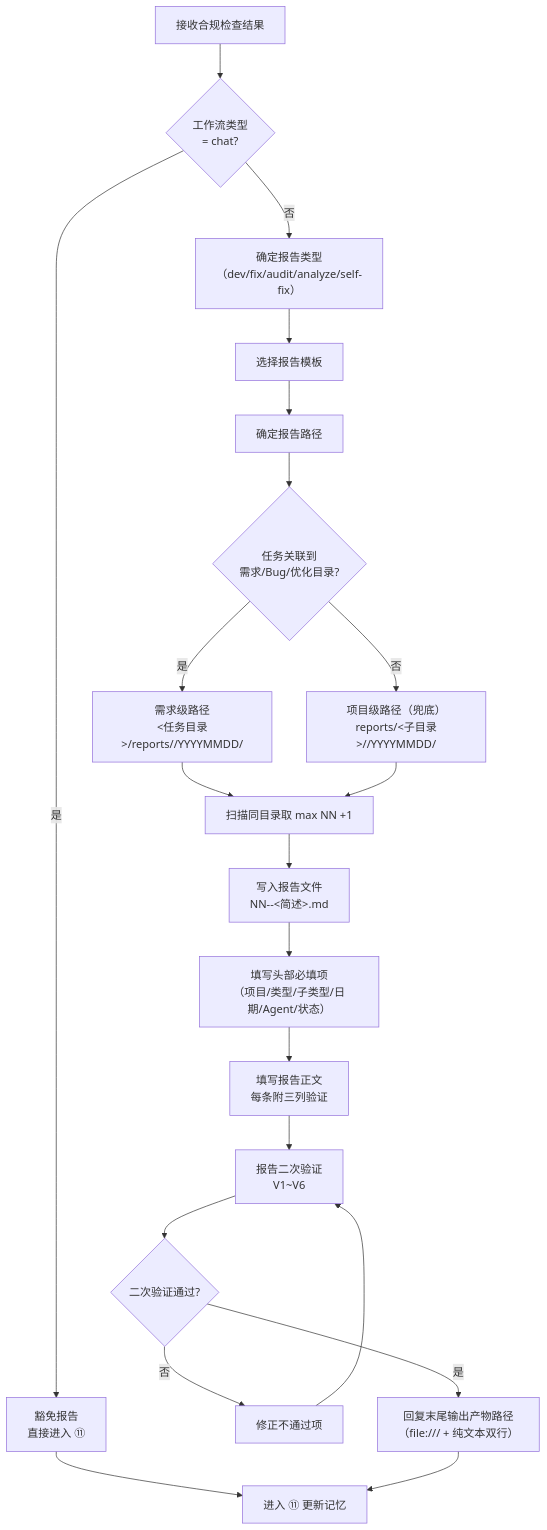
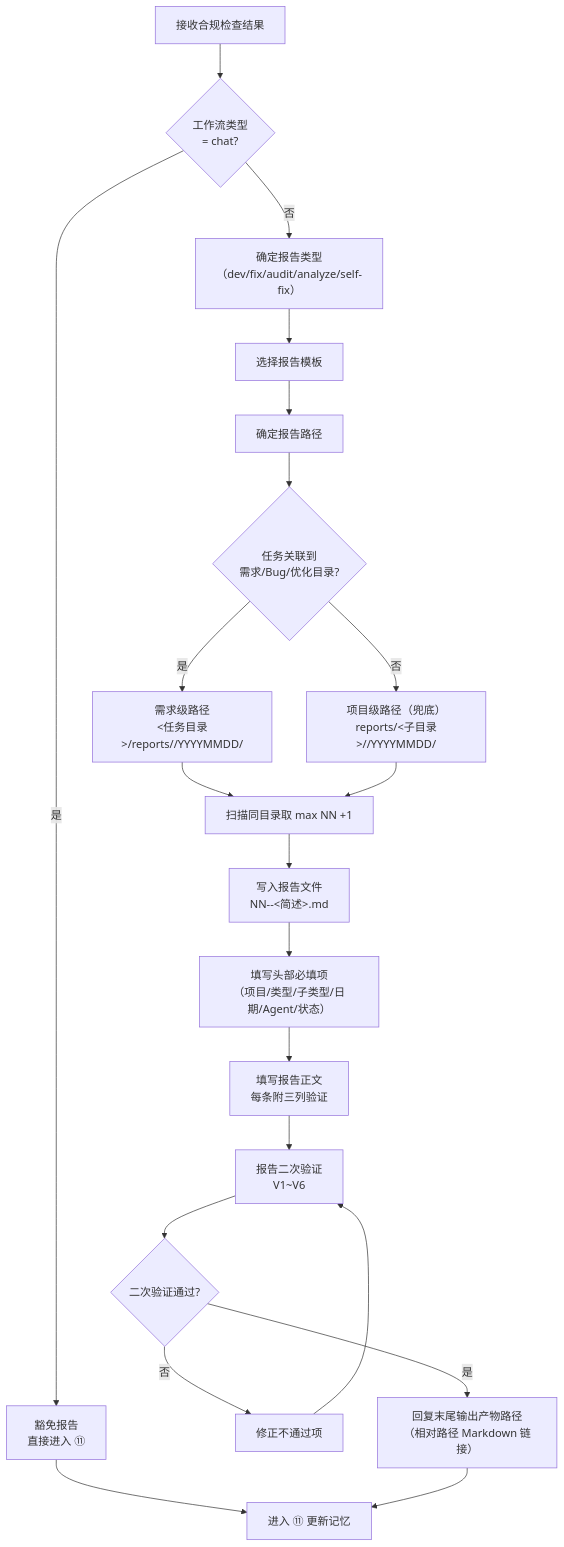
The diagram in website/docs/specs/report-output-flow.md (devcodex-labs/devcodex), drawn with Mermaid before and after one commit. The commit also changed other lines of this file and 62 other files, not shown here.

````diff
--- a/website/docs/specs/report-output-flow.md
+++ b/website/docs/specs/report-output-flow.md
@@ -10,30 +10,30 @@
 ```mermaid
 flowchart TD
     IN["接收合规检查结果"]
     CHAT{"工作流类型\n= chat?"}
     SKIP["豁免报告\n直接进入 ⑪"]
     TYPE["确定报告类型\n（dev/fix/audit/analyze/self-fix）"]
     TPL["选择报告模板"]
     PATH["确定报告路径"]
     PATH_LEVEL{"任务关联到\n需求/Bug/优化目录?"}
     REQ_PATH["需求级路径\n<任务目录>/reports/<agent>/YYYYMMDD/"]
     PROJ_PATH["项目级路径（兜底）\nreports/<子目录>/<agent>/YYYYMMDD/"]
     SCAN["扫描同目录取 max NN +1"]
     WRITE["写入报告文件\nNN--<简述>.md"]
     HEADER["填写头部必填项\n（项目/类型/子类型/日期/Agent/状态）"]
     BODY["填写报告正文\n每条附三列验证"]
     V_CHECK["报告二次验证\nV1~V6"]
     V_OK{"二次验证通过?"}
     V_FIX["修正不通过项"]
-    OUTPUT["回复末尾输出产物路径\n（file:/// + 纯文本双行）"]
+    OUTPUT["回复末尾输出产物路径\n（相对路径 Markdown 链接）"]
     OUT["进入 ⑪ 更新记忆"]
 
     IN --> CHAT
     CHAT -->|"是"| SKIP --> OUT
     CHAT -->|"否"| TYPE --> TPL --> PATH --> PATH_LEVEL
     PATH_LEVEL -->|"是"| REQ_PATH --> SCAN
     PATH_LEVEL -->|"否"| PROJ_PATH --> SCAN
     SCAN --> WRITE --> HEADER --> BODY --> V_CHECK --> V_OK
     V_OK -->|"否"| V_FIX --> V_CHECK
     V_OK -->|"是"| OUTPUT --> OUT
 ```
````
